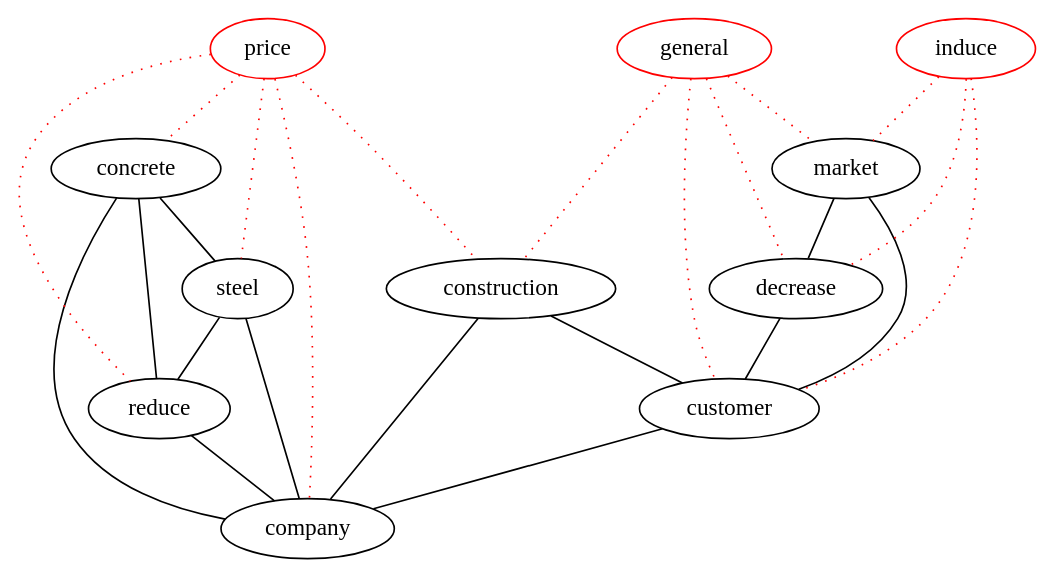
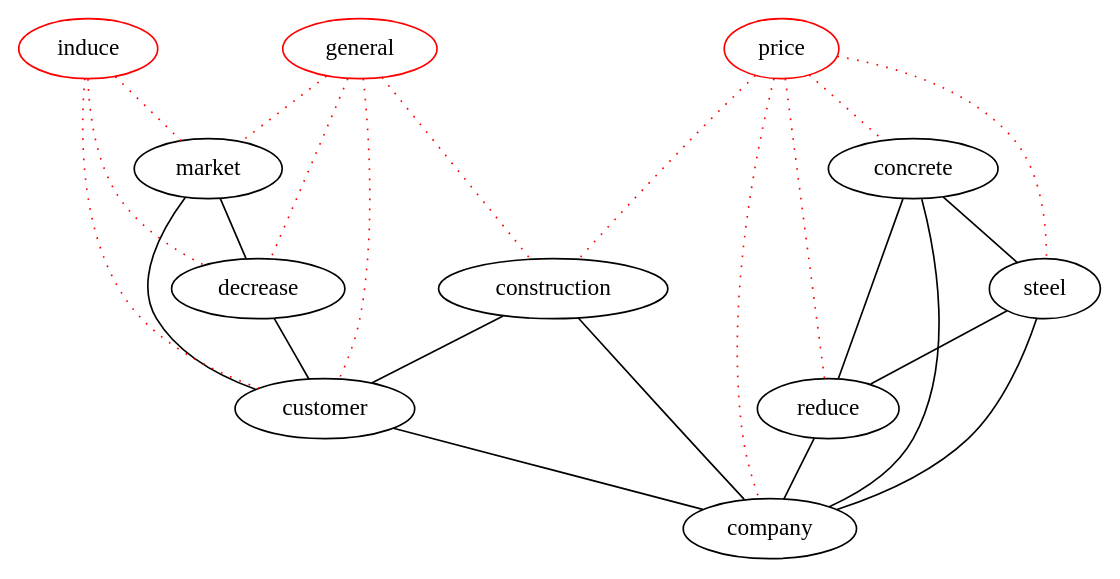
The diagram in dot/d2.dot (michaelweiss/keygraph), drawn with Graphviz before and after one commit. The commit also changed other lines of this file and 4 other files, not shown here.

```diff
--- a/dot/d2.dot
+++ b/dot/d2.dot
@@ -1,38 +1,38 @@
 graph keygraph {
 graph [size="10,10"]
+company [color="black"]
+customer [color="black"]
+market [color="black"]
+decrease [color="black"]
 reduce [color="black"]
+concrete [color="black"]
+construction [color="black"]
 steel [color="black"]
-customer [color="black"]
-decrease [color="black"]
-company [color="black"]
-market [color="black"]
-construction [color="black"]
-concrete [color="black"]
+price [color="red"]
+induce [color="red"]
 general [color="red"]
-induce [color="red"]
-price [color="red"]
 construction--customer
 construction--company
 concrete--reduce
 steel--reduce
 customer--company
 market--decrease
 market--customer
 decrease--customer
 concrete--steel
 concrete--company
 steel--company
 reduce--company
 induce--customer [color="red", style="dotted"]
+induce--market [color="red", style="dotted"]
 induce--decrease [color="red", style="dotted"]
-induce--market [color="red", style="dotted"]
 general--customer [color="red", style="dotted"]
+general--market [color="red", style="dotted"]
 general--decrease [color="red", style="dotted"]
-general--market [color="red", style="dotted"]
 general--construction [color="red", style="dotted"]
+price--company [color="red", style="dotted"]
 price--reduce [color="red", style="dotted"]
+price--concrete [color="red", style="dotted"]
+price--construction [color="red", style="dotted"]
 price--steel [color="red", style="dotted"]
-price--company [color="red", style="dotted"]
-price--construction [color="red", style="dotted"]
-price--concrete [color="red", style="dotted"]
 }
```
